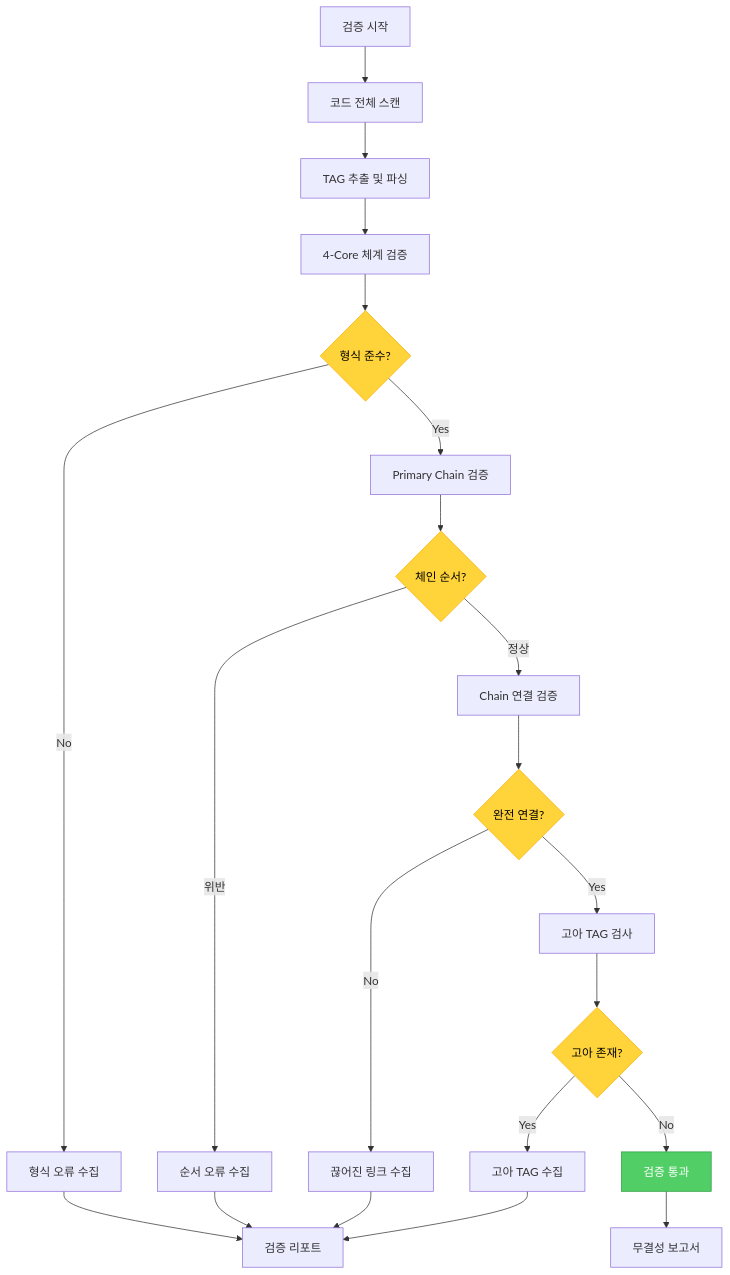
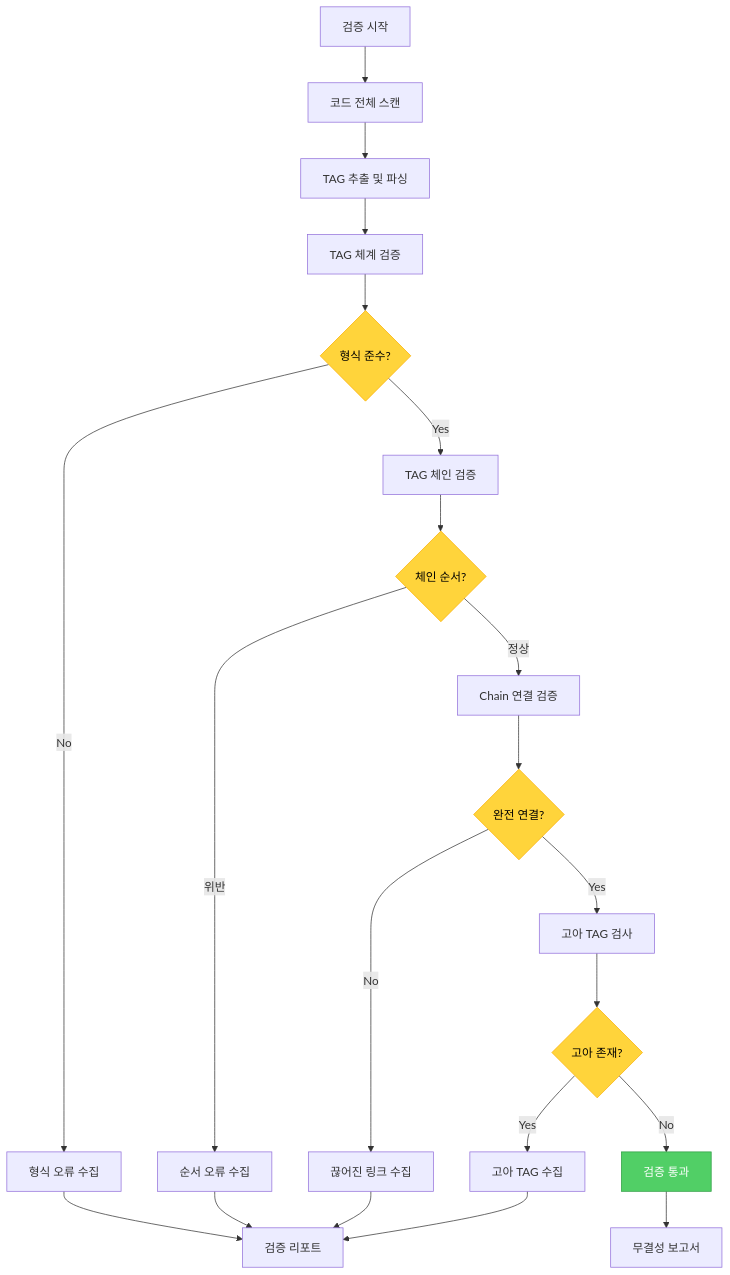
One commit to modu-ai/moai-adk changed the fifth of 6 diagrams in docs/claude/agents/tag-agent.md. Above: the diagram before and after it, drawn with Mermaid. The commit also changed other lines of this file and 86 other files, not shown here.

````diff
--- a/docs/claude/agents/tag-agent.md
+++ b/docs/claude/agents/tag-agent.md
@@ -549,34 +514,34 @@
 ```mermaid
 graph TB
     A[검증 시작] --> B[코드 전체 스캔]
     B --> C[TAG 추출 및 파싱]
-    C --> D[4-Core 체계 검증]
+    C --> D[TAG 체계 검증]
 
     D --> E{형식 준수?}
     E -->|No| F[형식 오류 수집]
-    E -->|Yes| G[Primary Chain 검증]
+    E -->|Yes| G[TAG 체인 검증]
 
     G --> H{체인 순서?}
     H -->|위반| I[순서 오류 수집]
     H -->|정상| J[Chain 연결 검증]
 
     J --> K{완전 연결?}
     K -->|No| L[끊어진 링크 수집]
     K -->|Yes| M[고아 TAG 검사]
 
     M --> N{고아 존재?}
     N -->|Yes| O[고아 TAG 수집]
     N -->|No| P[검증 통과]
 
     F --> Q[검증 리포트]
     I --> Q
     L --> Q
     O --> Q
     P --> R[무결성 보고서]
 
     style E fill:#ffd43b,stroke:#fab005,color:#000
     style H fill:#ffd43b,stroke:#fab005,color:#000
     style K fill:#ffd43b,stroke:#fab005,color:#000
     style N fill:#ffd43b,stroke:#fab005,color:#000
     style P fill:#51cf66,stroke:#2f9e44,color:#fff
 ```
````
